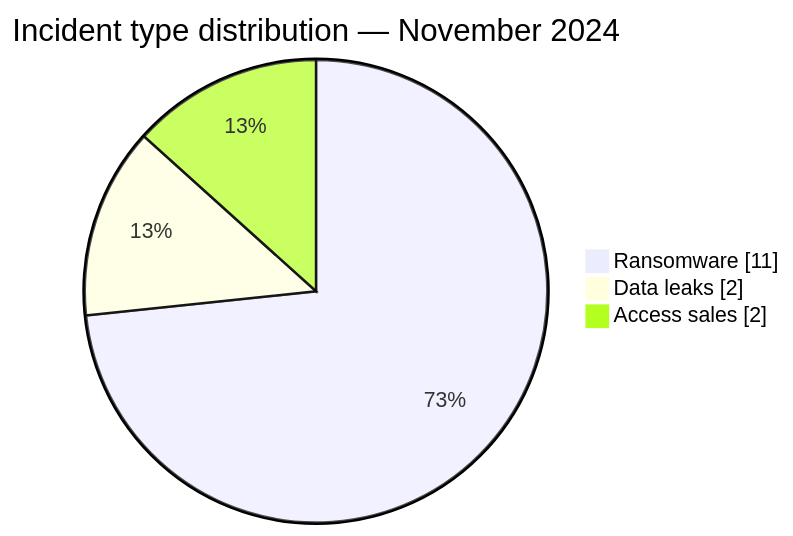
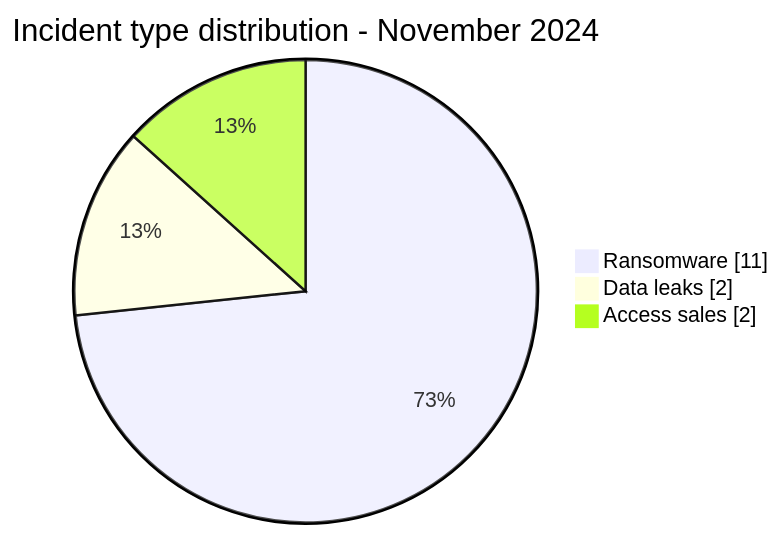
The second of 2 diagrams in CyberAttackAfrica/2024/11-november/README.md (Hatchepsoute/AFRINTEL), drawn with Mermaid before and after one commit. The commit also changed other lines of this file and 182 other files, not shown here.

````diff
--- a/CyberAttackAfrica/2024/11-november/README.md
+++ b/CyberAttackAfrica/2024/11-november/README.md
@@ -58,7 +58,7 @@
 ```mermaid
 pie showData
-    title Incident type distribution — November 2024
+    title Incident type distribution - November 2024
     "Ransomware" : 11
     "Data leaks" : 2
     "Access sales" : 2
 ```
````
